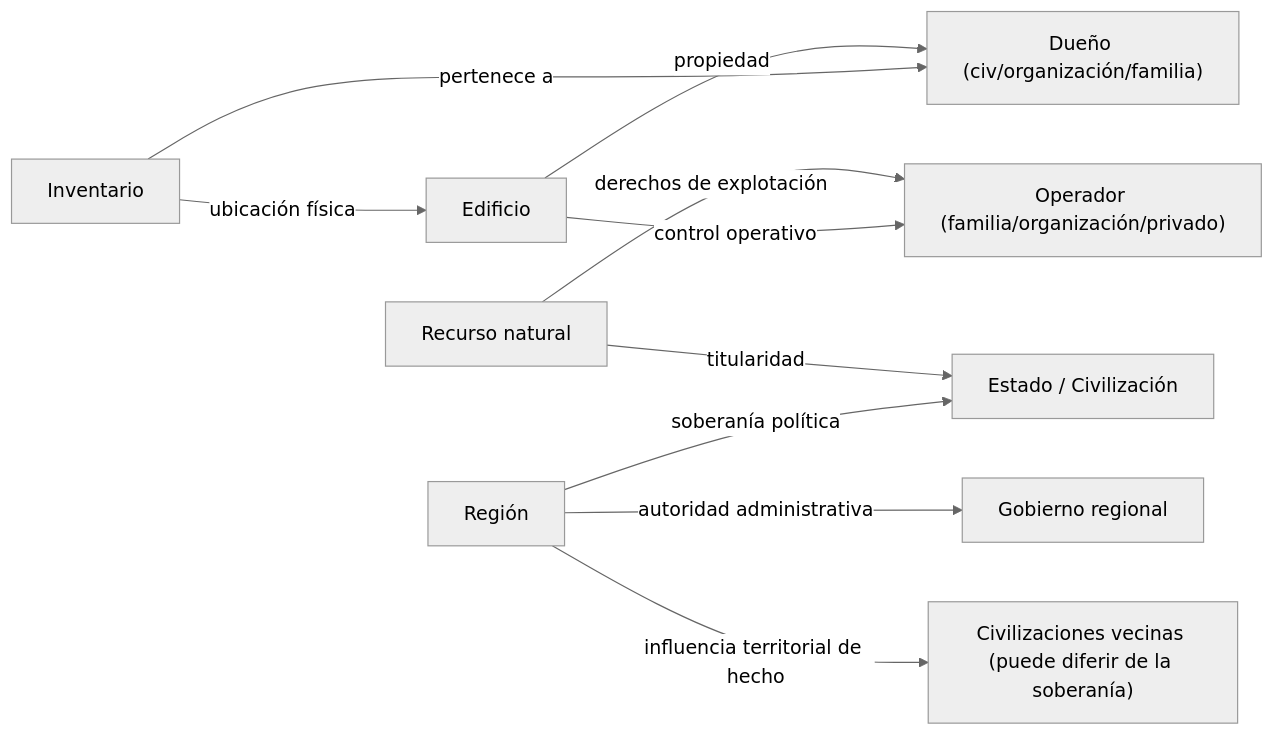
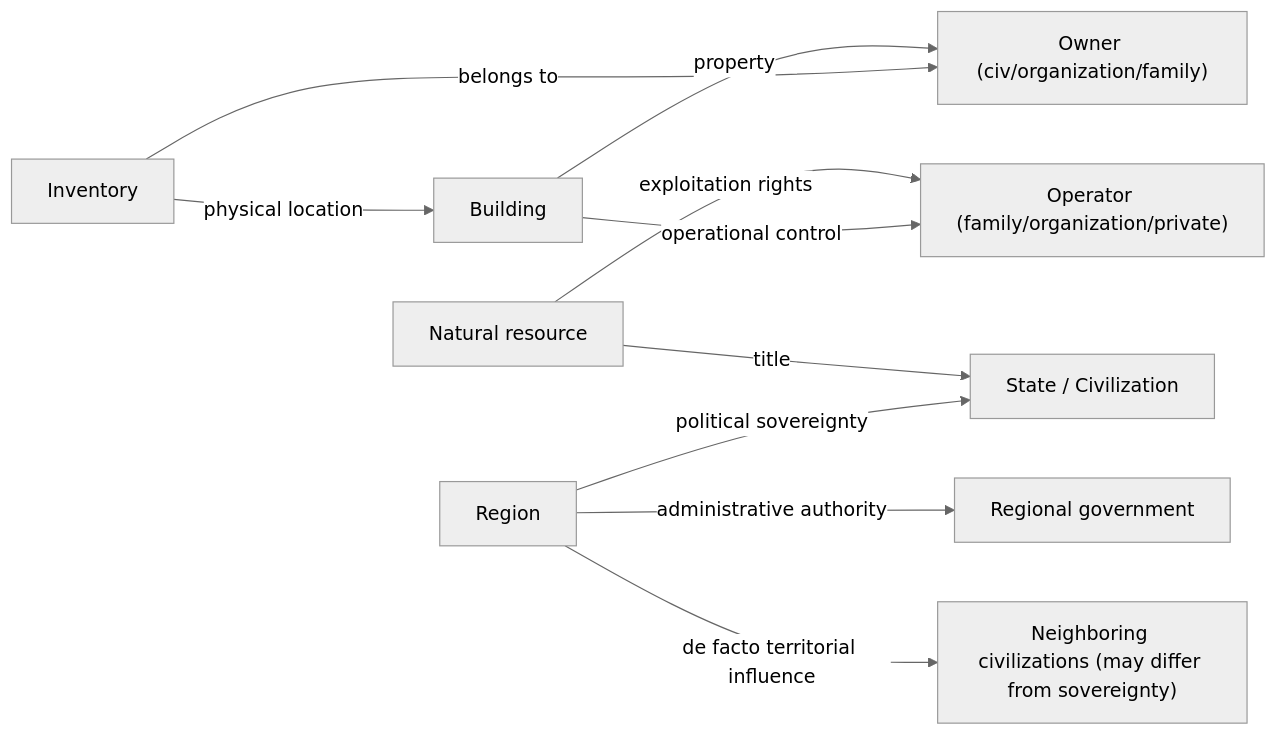
Before and after one commit to guidoalloatti/civilizations-evolution-doc: the first of 2 diagrams in SHARED_DATA_MODEL.md, drawn with Mermaid (neutral theme). The commit also changed other lines of this file and 47 other files, not shown here.

````diff
--- a/SHARED_DATA_MODEL.md
+++ b/SHARED_DATA_MODEL.md
@@ -180,12 +180,12 @@
 ```mermaid
 flowchart LR
-    NAT["Recurso natural"] -->|titularidad| CIV["Estado / Civilización"]
-    NAT -->|derechos de explotación| OP["Operador (familia/organización/privado)"]
-    BLD["Edificio"] -->|propiedad| OWN["Dueño (civ/organización/familia)"]
-    BLD -->|control operativo| OP
-    INV["Inventario"] -->|ubicación física| BLD
-    INV -->|pertenece a| OWN
-    REG["Región"] -->|autoridad administrativa| ADMIN["Gobierno regional"]
-    REG -->|soberanía política| CIV
-    REG -->|influencia territorial de hecho| INF["Civilizaciones vecinas (puede diferir de la soberanía)"]
+    NAT["Natural resource"] -->|title| CIV["State / Civilization"]
+    NAT -->|exploitation rights| OP["Operator (family/organization/private)"]
+    BLD["Building"] -->|property| OWN["Owner (civ/organization/family)"]
+    BLD -->|operational control| OP
+    INV["Inventory"] -->|physical location| BLD
+    INV -->|belongs to| OWN
+    REG["Region"] -->|administrative authority| ADMIN["Regional government"]
+    REG -->|political sovereignty| CIV
+    REG -->|de facto territorial influence| INF["Neighboring civilizations (may differ from sovereignty)"]
 ```
````
